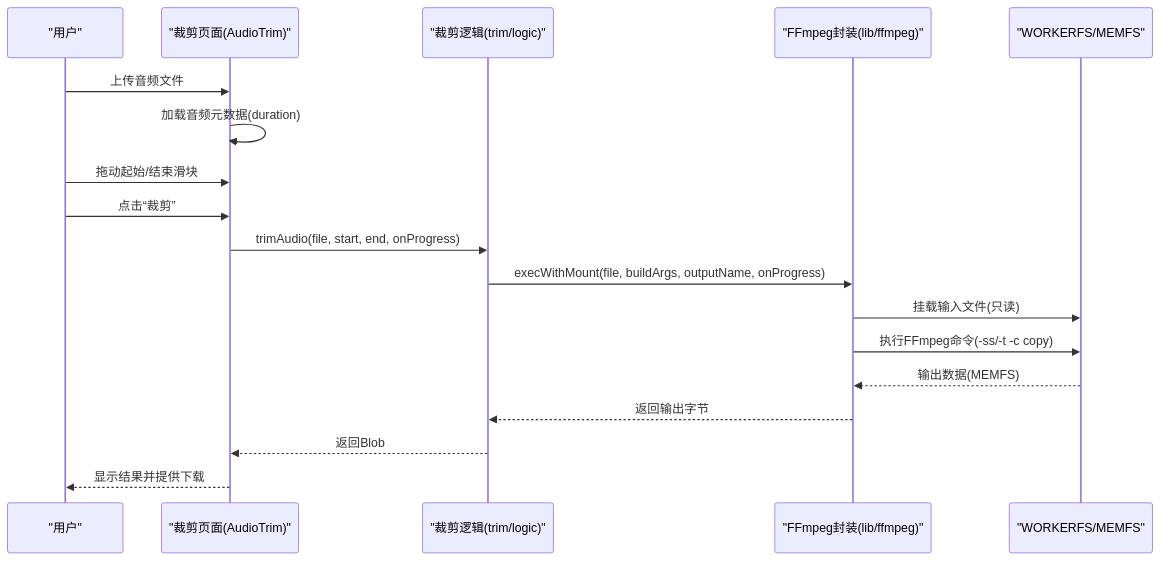
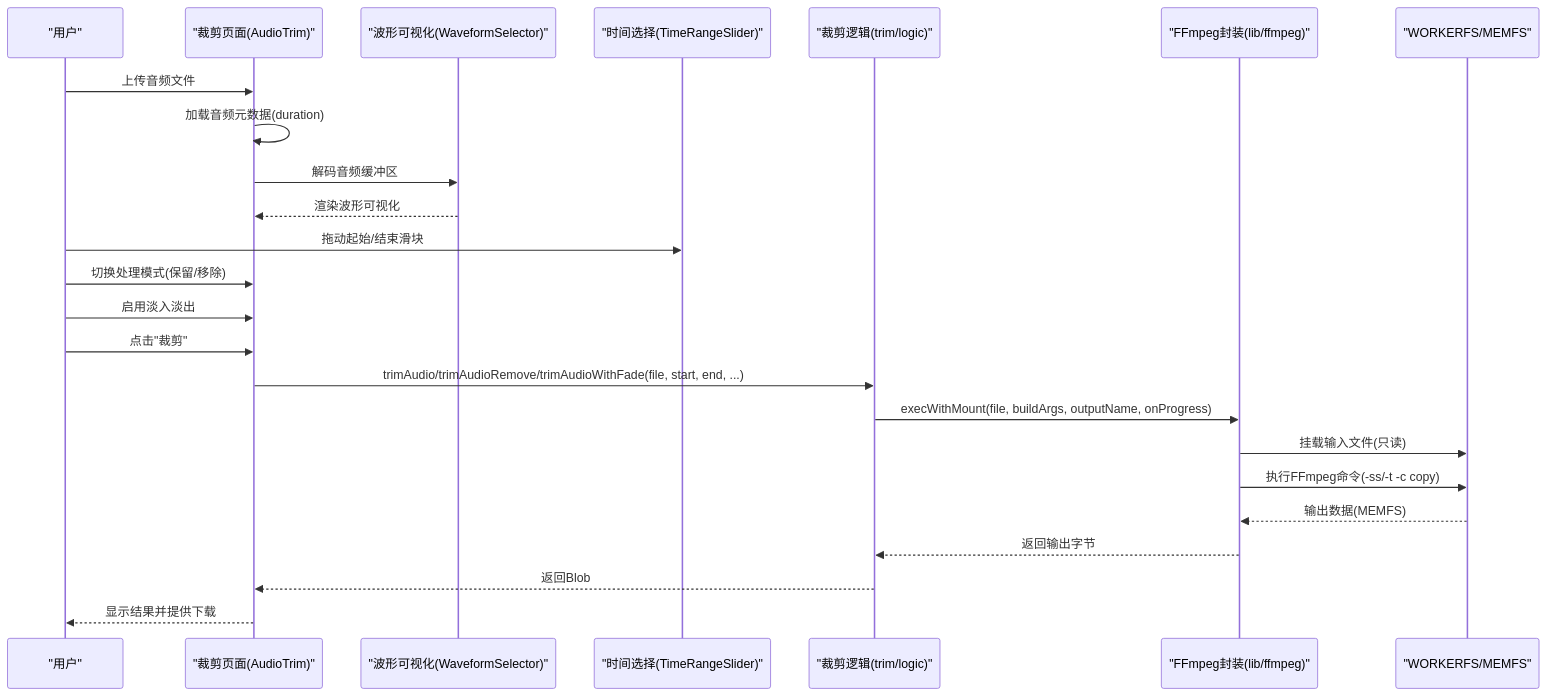
Before and after one commit to sgyy/privadeck: the second of 3 diagrams in .qoder/repowiki/zh/content/音频工具/音频剪辑.md, drawn with Mermaid. The commit also changed other lines of this file and 2 other files, not shown here.

First line of the commit message:
feat(audio): 新增音频波形可视化及时间范围选择组件

````diff
--- a/.qoder/repowiki/zh/content/音频工具/音频剪辑.md
+++ b/.qoder/repowiki/zh/content/音频工具/音频剪辑.md
@@ -125,20 +140,26 @@
 ```mermaid
 sequenceDiagram
 participant U as "用户"
 participant UI as "裁剪页面(AudioTrim)"
+participant WS as "波形可视化(WaveformSelector)"
+participant TRS as "时间选择(TimeRangeSlider)"
 participant L as "裁剪逻辑(trim/logic)"
 participant F as "FFmpeg封装(lib/ffmpeg)"
 participant FS as "WORKERFS/MEMFS"
 U->>UI : 上传音频文件
 UI->>UI : 加载音频元数据(duration)
-U->>UI : 拖动起始/结束滑块
-U->>UI : 点击“裁剪”
-UI->>L : trimAudio(file, start, end, onProgress)
+UI->>WS : 解码音频缓冲区
+WS-->>UI : 渲染波形可视化
+U->>TRS : 拖动起始/结束滑块
+U->>UI : 切换处理模式(保留/移除)
+U->>UI : 启用淡入淡出
+U->>UI : 点击"裁剪"
+UI->>L : trimAudio/trimAudioRemove/trimAudioWithFade(file, start, end, ...)
 L->>F : execWithMount(file, buildArgs, outputName, onProgress)
 F->>FS : 挂载输入文件(只读)
 F->>FS : 执行FFmpeg命令(-ss/-t -c copy)
 FS-->>F : 输出数据(MEMFS)
 F-->>L : 返回输出字节
 L-->>UI : 返回Blob
 UI-->>U : 显示结果并提供下载
 ```
````
